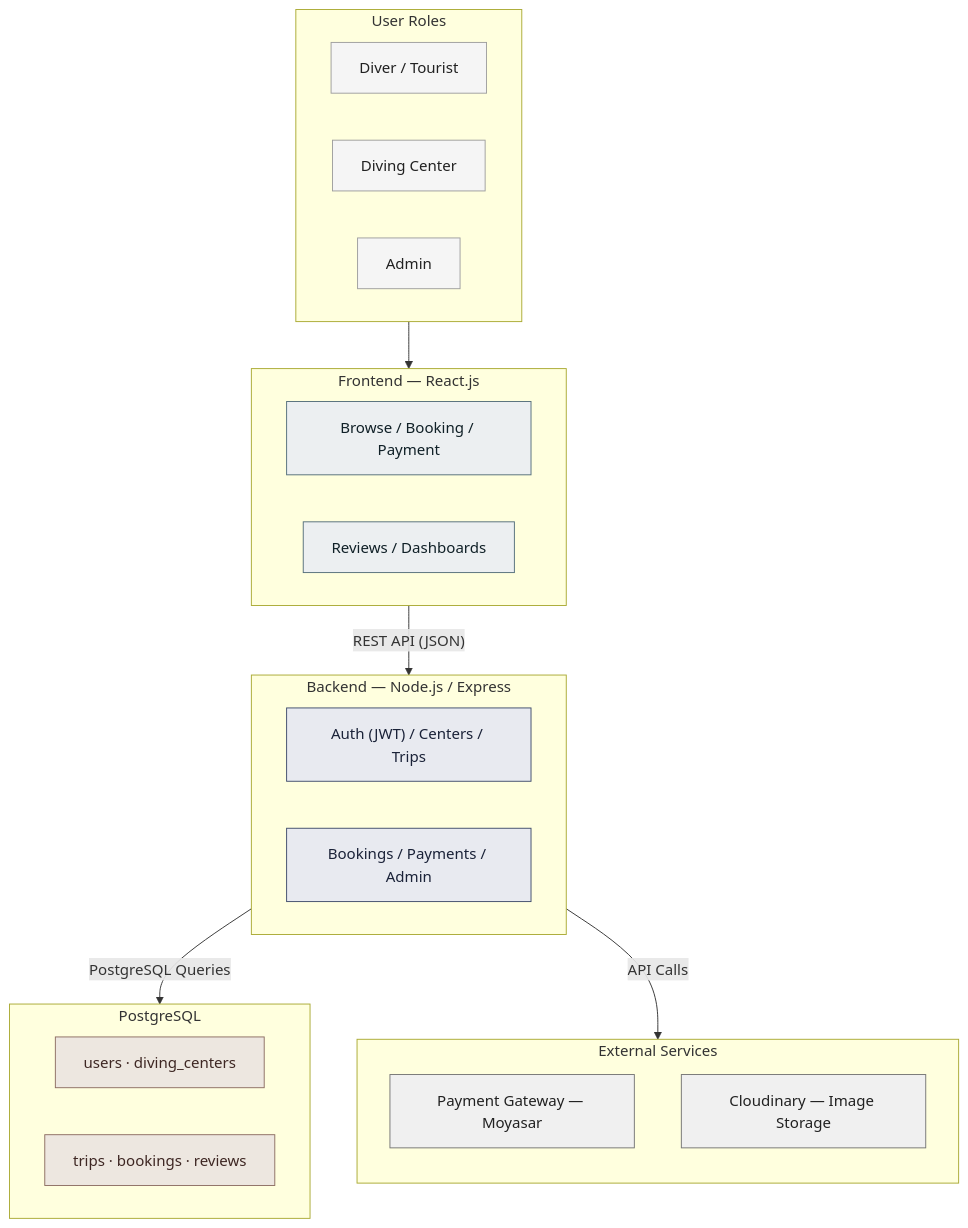
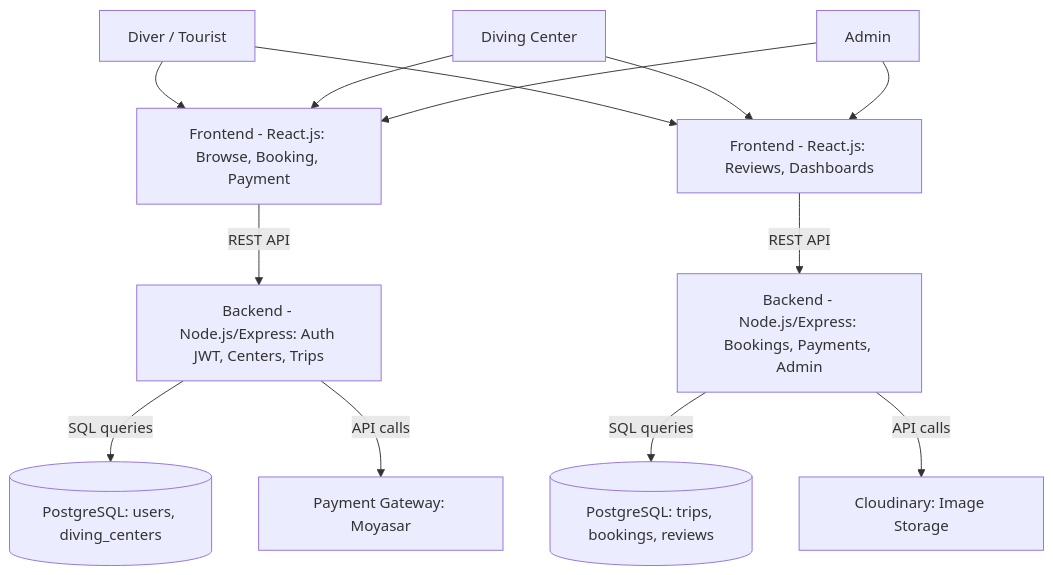
One commit to laradreamer79/Portfolio-Project changed the first of 6 diagrams in Stage 3/README.md. Above: the diagram before and after it, drawn with Mermaid. The commit also changed other lines of this file, not shown here.

````diff
--- a/Stage 3/README.md
+++ b/Stage 3/README.md
@@ -26,52 +95,30 @@
 ```mermaid
 flowchart TB
-    subgraph Roles[" User Roles "]
-        direction LR
-        U1["Diver / Tourist"]
-        U2["Diving Center"]
-        U3["Admin"]
-    end
+    actor1[Diver / Tourist]
+    actor2[Diving Center]
+    actor3[Admin]
+    F1[Frontend - React.js: Browse, Booking, Payment]
+    F2[Frontend - React.js: Reviews, Dashboards]
+    B1[Backend - Node.js/Express: Auth JWT, Centers, Trips]
+    B2[Backend - Node.js/Express: Bookings, Payments, Admin]
+    D1[(PostgreSQL: users, diving_centers)]
+    D2[(PostgreSQL: trips, bookings, reviews)]
+    E1[Payment Gateway: Moyasar]
+    E2[Cloudinary: Image Storage]
 
-    Roles --> FE
+    actor1 --> F1
+    actor1 --> F2
+    actor2 --> F1
+    actor2 --> F2
+    actor3 --> F1
+    actor3 --> F2
 
-    subgraph FE[" Frontend — React.js "]
-        direction LR
-        F1["Browse / Booking / Payment"]
-        F2["Reviews / Dashboards"]
-    end
+    F1 -->|REST API| B1
+    F2 -->|REST API| B2
 
-    FE -- "REST API (JSON)" --> BE
+    B1 -->|SQL queries| D1
+    B2 -->|SQL queries| D2
 
-    subgraph BE[" Backend — Node.js / Express "]
-        direction LR
-        B1["Auth (JWT) / Centers / Trips"]
-        B2["Bookings / Payments / Admin"]
-    end
-
-    BE -- "PostgreSQL Queries" --> DB
-    BE -- "API Calls" --> EXT
-
-    subgraph DB[" PostgreSQL "]
-        direction LR
-        D1["users · diving_centers"]
-        D2["trips · bookings · reviews"]
-    end
-
-    subgraph EXT[" External Services "]
-        direction TB
-        E1["Payment Gateway — Moyasar"]
-        E2["Cloudinary — Image Storage"]
-    end
-
-    classDef roles fill:#F5F5F5,stroke:#9E9E9E,stroke-width:1px,color:#212121
-    classDef frontend fill:#ECEFF1,stroke:#546E7A,stroke-width:1px,color:#102027
-    classDef backend fill:#E8EAF0,stroke:#3F4C6B,stroke-width:1px,color:#1A2238
-    classDef database fill:#EDE7E0,stroke:#8D6E63,stroke-width:1px,color:#3E2723
-    classDef external fill:#F0F0F0,stroke:#757575,stroke-width:1px,color:#212121
-
-    class U1,U2,U3 roles
-    class F1,F2 frontend
-    class B1,B2 backend
-    class D1,D2 database
-    class E1,E2 external
+    B1 -->|API calls| E1
+    B2 -->|API calls| E2
 ```
````
